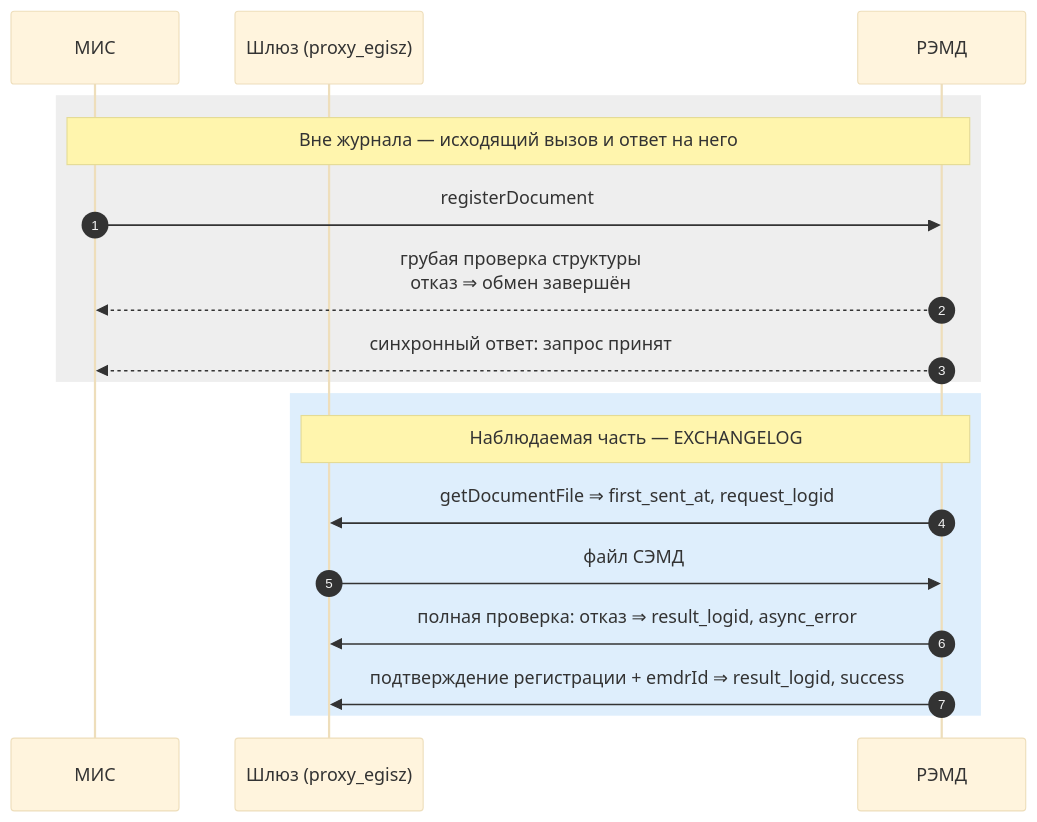
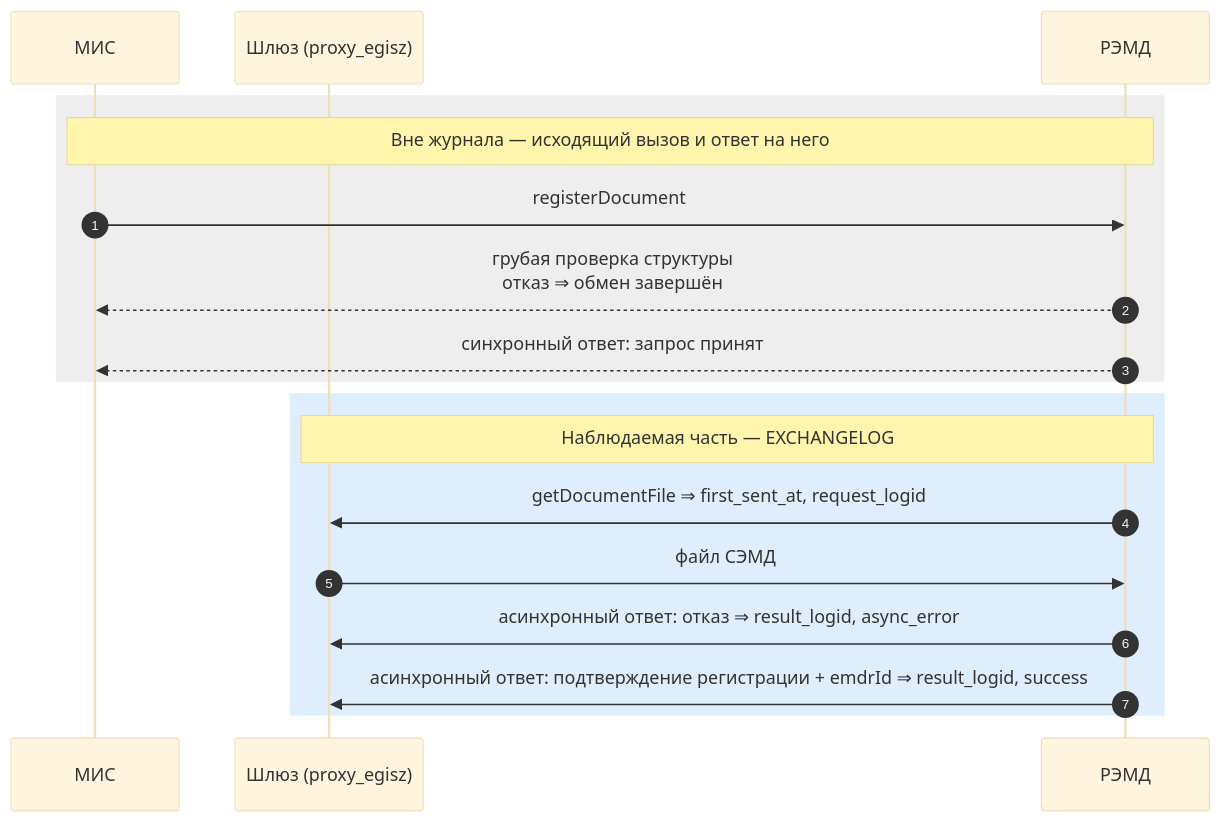
Before and after one commit to asaf1n/EGISZ-Proxy-Reports-Airflow: the first of 5 diagrams in README.md, drawn with Mermaid (base theme). The commit also changed other lines of this file and 45 other files, not shown here.

````diff
--- a/README.md
+++ b/README.md
@@ -41,22 +43,22 @@
 ```mermaid
 sequenceDiagram
     autonumber
     participant МИС
     participant Шлюз as Шлюз (proxy_egisz)
     participant РЭМД
 
     rect rgb(238,238,238)
     note over МИС,РЭМД: Вне журнала — исходящий вызов и ответ на него
     МИС->>РЭМД: registerDocument
     РЭМД-->>МИС: грубая проверка структуры<br/>отказ ⇒ обмен завершён
     РЭМД-->>МИС: синхронный ответ: запрос принят
     end
 
     rect rgb(222,238,252)
     note over Шлюз,РЭМД: Наблюдаемая часть — EXCHANGELOG
     РЭМД->>Шлюз: getDocumentFile ⇒ first_sent_at, request_logid
     Шлюз->>РЭМД: файл СЭМД
-    РЭМД->>Шлюз: полная проверка: отказ ⇒ result_logid, async_error
-    РЭМД->>Шлюз: подтверждение регистрации + emdrId ⇒ result_logid, success
+    РЭМД->>Шлюз: асинхронный ответ: отказ ⇒ result_logid, async_error
+    РЭМД->>Шлюз: асинхронный ответ: подтверждение регистрации + emdrId ⇒ result_logid, success
     end
 ```
````
